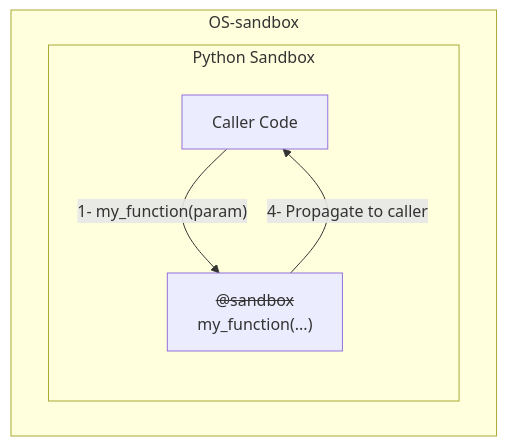
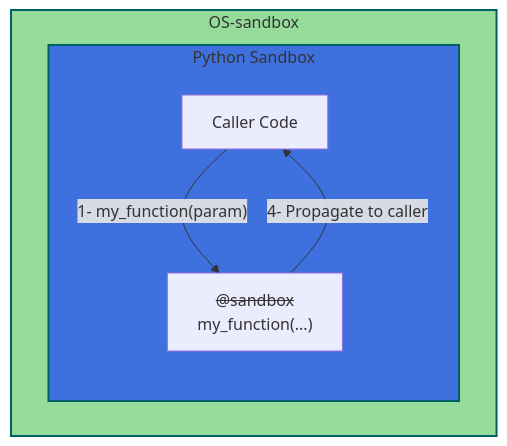
The first of 2 diagrams in README.md (pprados/pysandboxes), drawn with Mermaid before and after one commit. The commit also changed other lines of this file and 3 other files, not shown here.

Commit message:
Update the documentations and schema

````diff
--- a/README.md
+++ b/README.md
@@ -105,14 +105,19 @@
 ```mermaid
 flowchart TD
-    subgraph SandboxEnvironment ["OS-sandbox"]
+    subgraph OSSandbox ["OS-sandbox"]
         direction LR
-        subgraph OSSandbox [Python Sandbox]
+        subgraph PythonSandbox [Python Sandbox]
 
         A[Caller Code]
                 C["<s>@sandbox</s><br/>my_function(...)"]
         end
     end
 
     A -- "1- my_function(param)" --> C
     C -- "4- Propagate to caller" --> A
+
+
+%% 🎨 Style personnalisé pour OSSandbox
+style OSSandbox fill:#95DB9A,stroke:#006064,stroke-width:2px
+style PythonSandbox fill:#3E71DE,stroke:#006064,stroke-width:2px
 ```
````
